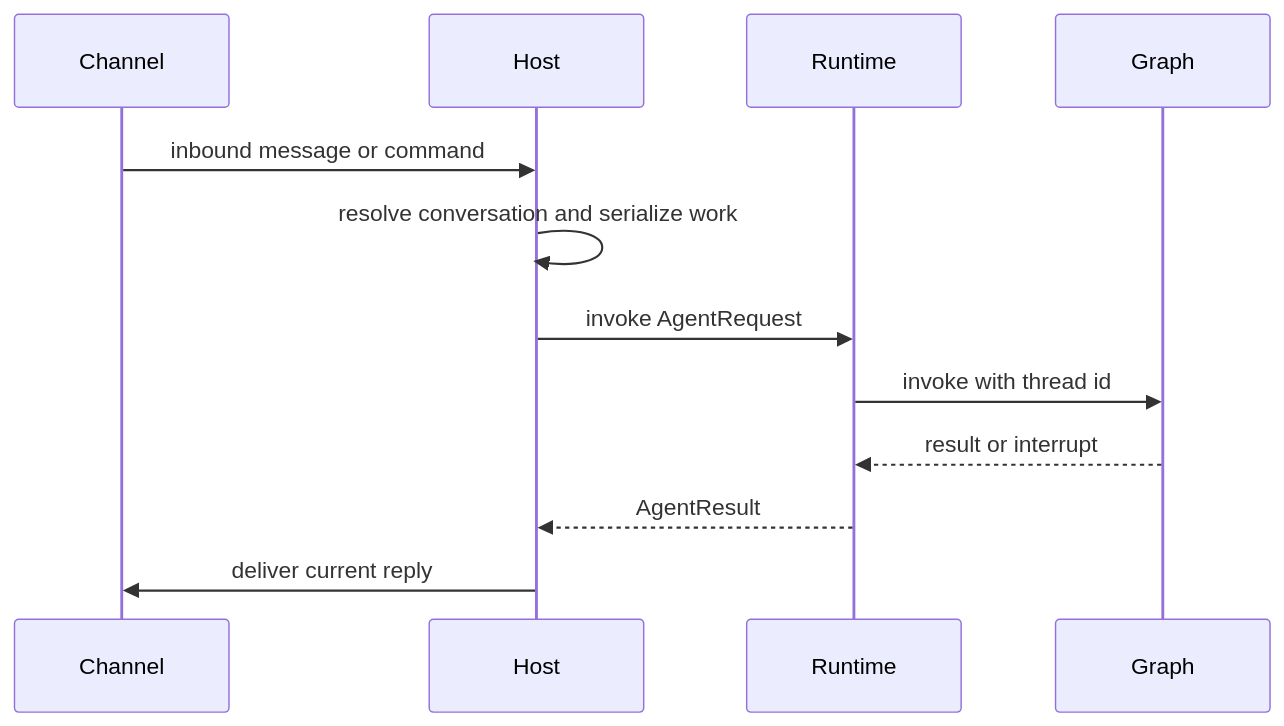
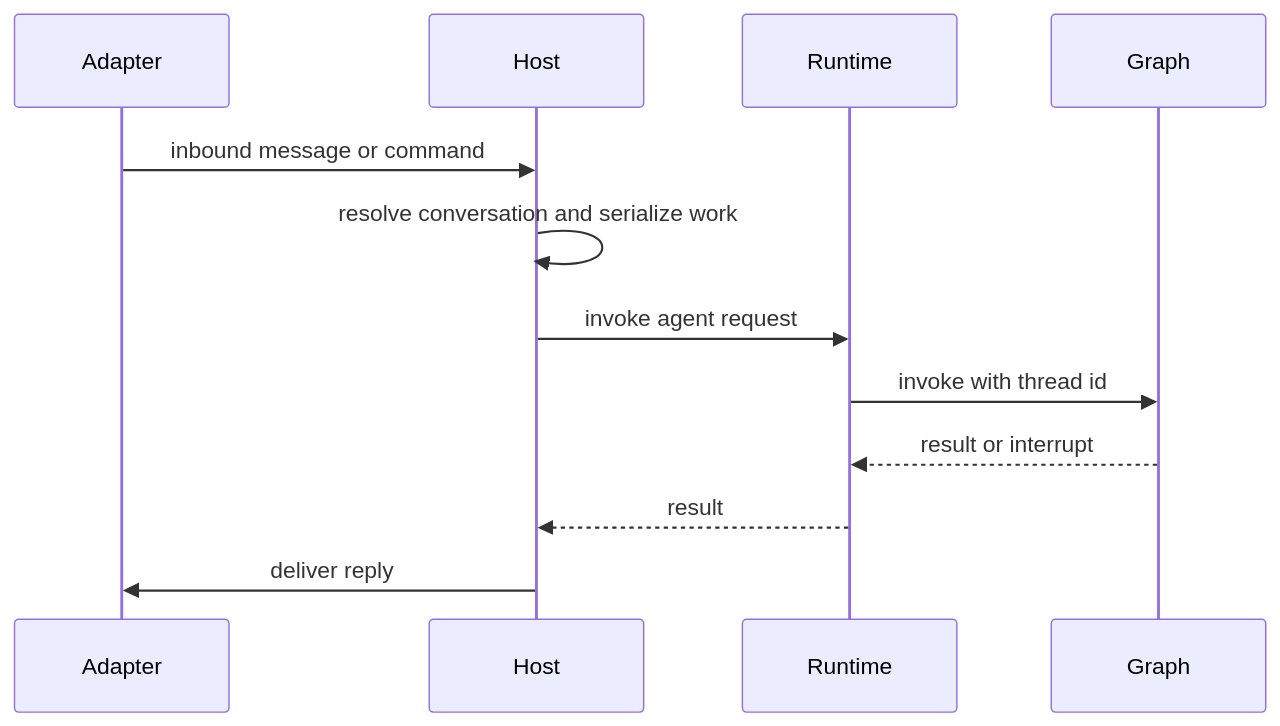
The first of 2 diagrams in openwiki/integrations/talon.md (langchain-ai/deepagents), drawn with Mermaid before and after one commit. The commit also changed other lines of this file and 28 other files, not shown here.

````diff
--- a/openwiki/integrations/talon.md
+++ b/openwiki/integrations/talon.md
@@ -58,14 +72,14 @@
 ```mermaid
 sequenceDiagram
-    participant Channel
+    participant Adapter
     participant Host
     participant Runtime
     participant Graph
-    Channel->>Host: inbound message or command
+    Adapter->>Host: inbound message or command
     Host->>Host: resolve conversation and serialize work
-    Host->>Runtime: invoke AgentRequest
+    Host->>Runtime: invoke agent request
     Runtime->>Graph: invoke with thread id
     Graph-->>Runtime: result or interrupt
-    Runtime-->>Host: AgentResult
-    Host->>Channel: deliver current reply
+    Runtime-->>Host: result
+    Host->>Adapter: deliver reply
 ```
````
